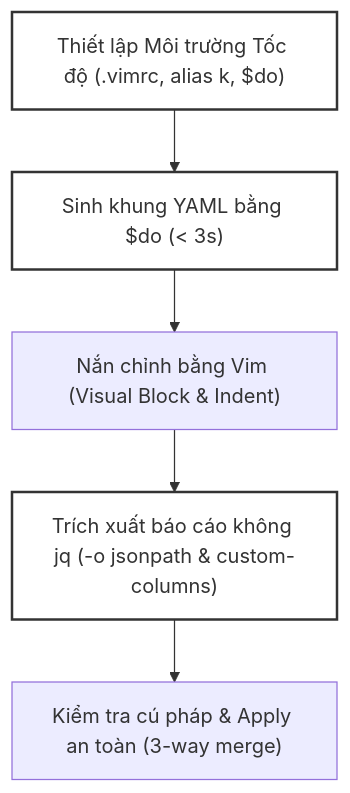
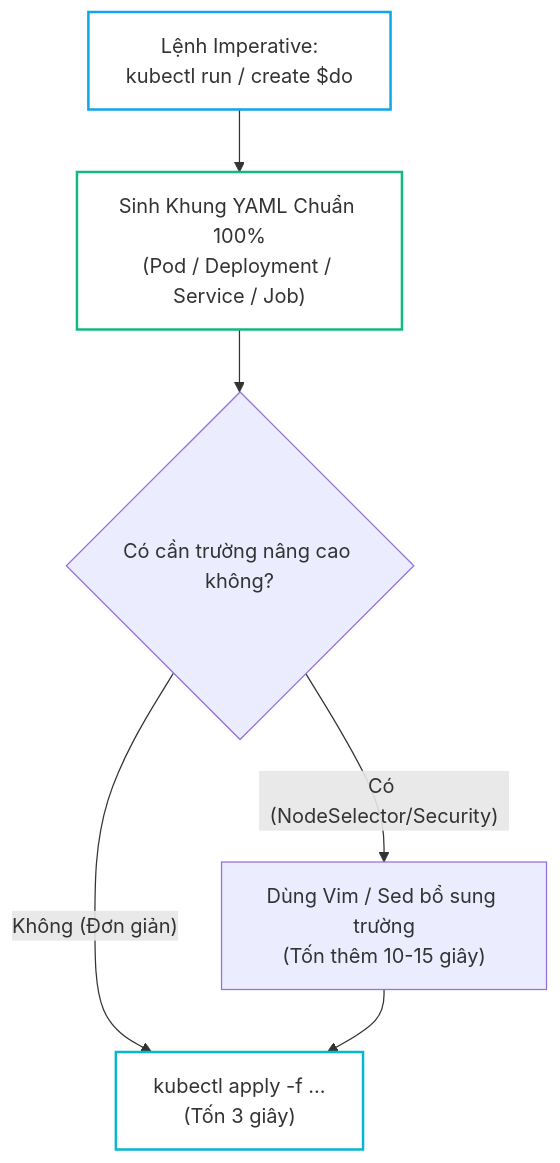
Before and after one commit to kiennt308/ntk: the first of 4 diagrams in _posts/2026-09-12-cka-04-04-kubectl-toc-do-va-jsonpath.md, drawn with Mermaid. The commit also changed other lines of this file and 161 other files, not shown here.

````diff
--- a/_posts/2026-09-12-cka-04-04-kubectl-toc-do-va-jsonpath.md
+++ b/_posts/2026-09-12-cka-04-04-kubectl-toc-do-va-jsonpath.md
@@ -383,11 +53,12 @@
 ```mermaid
 graph TD
-    A["Thiết lập Môi trường Tốc độ (.vimrc, alias k, $do)"] --> B["Sinh khung YAML bằng $do (< 3s)"]
-    B --> C["Nắn chỉnh bằng Vim (Visual Block & Indent)"]
-    C --> D["Trích xuất báo cáo không jq (-o jsonpath & custom-columns)"]
-    D --> E["Kiểm tra cú pháp & Apply an toàn (3-way merge)"]
+    CLI_CMD["Lệnh Imperative:<br/>kubectl run / create $do"] --> SKELETON["Sinh Khung YAML Chuẩn 100%<br/>(Pod / Deployment / Service / Job)"]
+    SKELETON --> EDIT{"Có cần trường nâng cao không?"}
+    EDIT -->|"Không (Đơn giản)"| APPLY_DIRECT["kubectl apply -f ...<br/>(Tốn 3 giây)"]
+    EDIT -->|"Có (NodeSelector/Security)"| VIM_INJECT["Dùng Vim / Sed bổ sung trường<br/>(Tốn thêm 10-15 giây)"]
+    VIM_INJECT --> APPLY_DIRECT
 
-    style A fill:none,stroke:#333,stroke-width:2px
-    style B fill:none,stroke:#333,stroke-width:2px
-    style D fill:none,stroke:#333,stroke-width:2px
+    style CLI_CMD fill:none,stroke:#0ea5e9,stroke-width:2px
+    style SKELETON fill:none,stroke:#10b981,stroke-width:2px
+    style APPLY_DIRECT fill:none,stroke:#06b6d4,stroke-width:2px
 ```
````
